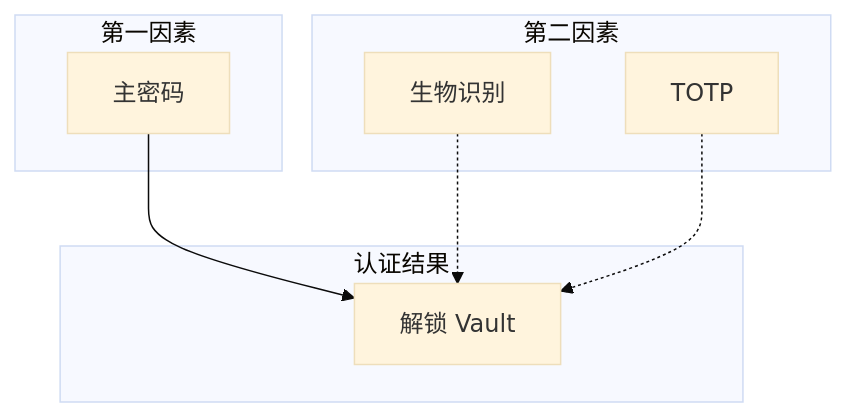
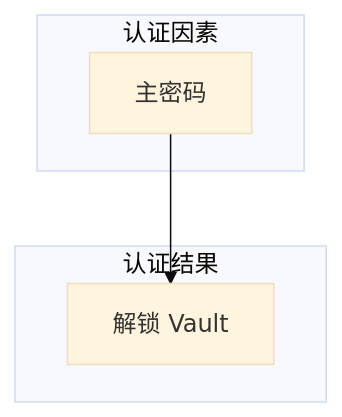
Before and after one commit to morning-start/vaultly: the fifth of 6 diagrams in wiki/02-架构设计/安全架构.md, drawn with Mermaid (base theme). The commit also changed other lines of this file and 20 other files, not shown here.

````diff
--- a/wiki/02-架构设计/安全架构.md
+++ b/wiki/02-架构设计/安全架构.md
@@ -284,19 +284,12 @@
 ```mermaid
 graph TB
-    subgraph "第一因素"
+    subgraph "认证因素"
         A[主密码]
-    end
-    
-    subgraph "第二因素"
-        B[生物识别]
-        C[TOTP]
     end
     
     subgraph "认证结果"
         D[解锁 Vault]
     end
     
     A --> D
-    B -.-> D
-    C -.-> D
 ```
````
